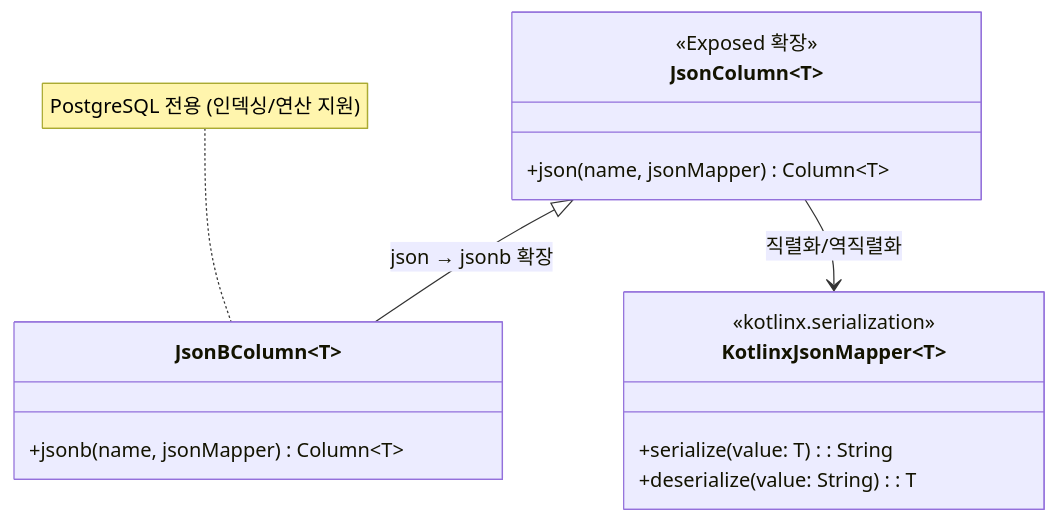
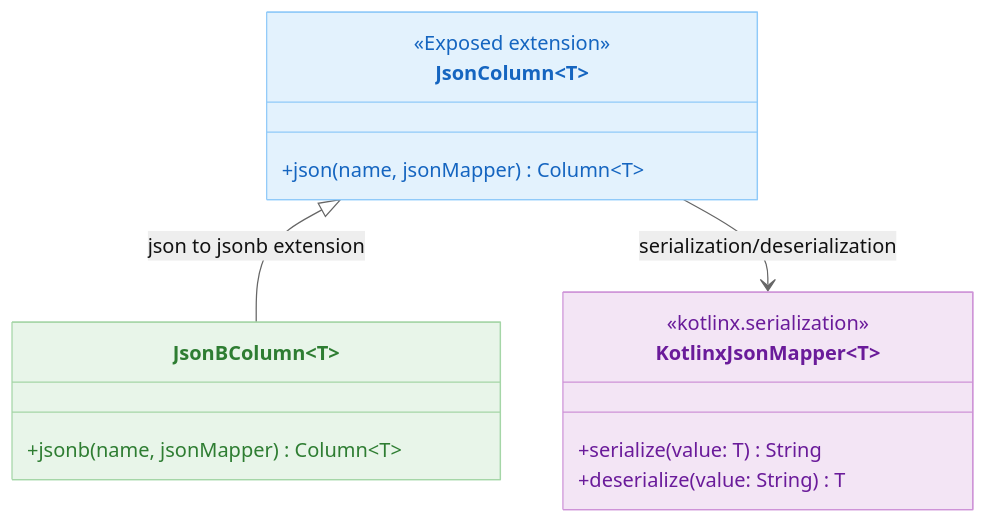
Before and after one commit to bluetape4k/exposed-r2dbc-workshop: the first of 3 diagrams in 06-advanced/04-exposed-r2dbc-json/README.md, drawn with Mermaid. The commit also changed other lines of this file and 63 other files, not shown here.

First line of the commit message:
docs: 전 모듈 README Mermaid UML 추가 및 영/한 이중화

````diff
--- a/06-advanced/04-exposed-r2dbc-json/README.md
+++ b/06-advanced/04-exposed-r2dbc-json/README.md
@@ -71,19 +71,23 @@
 ```mermaid
+%%{init: {"theme": "neutral"}}%%
 classDiagram
     class JsonColumn~T~ {
-        <<Exposed 확장>>
+        <<Exposed extension>>
         +json(name, jsonMapper) Column~T~
     }
     class JsonBColumn~T~ {
         +jsonb(name, jsonMapper) Column~T~
     }
-    note for JsonBColumn "PostgreSQL 전용 (인덱싱/연산 지원)"
     class KotlinxJsonMapper~T~ {
         <<kotlinx.serialization>>
-        +serialize(value: T): String
-        +deserialize(value: String): T
+        +serialize(value: T) String
+        +deserialize(value: String) T
     }
 
-    JsonColumn <|-- JsonBColumn : json → jsonb 확장
-    JsonColumn --> KotlinxJsonMapper : 직렬화/역직렬화
+    JsonColumn <|-- JsonBColumn : json to jsonb extension
+    JsonColumn --> KotlinxJsonMapper : serialization/deserialization
+
+    style JsonColumn fill:#E3F2FD,stroke:#90CAF9,color:#1565C0
+    style JsonBColumn fill:#E8F5E9,stroke:#A5D6A7,color:#2E7D32
+    style KotlinxJsonMapper fill:#F3E5F5,stroke:#CE93D8,color:#6A1B9A
 ```
````
